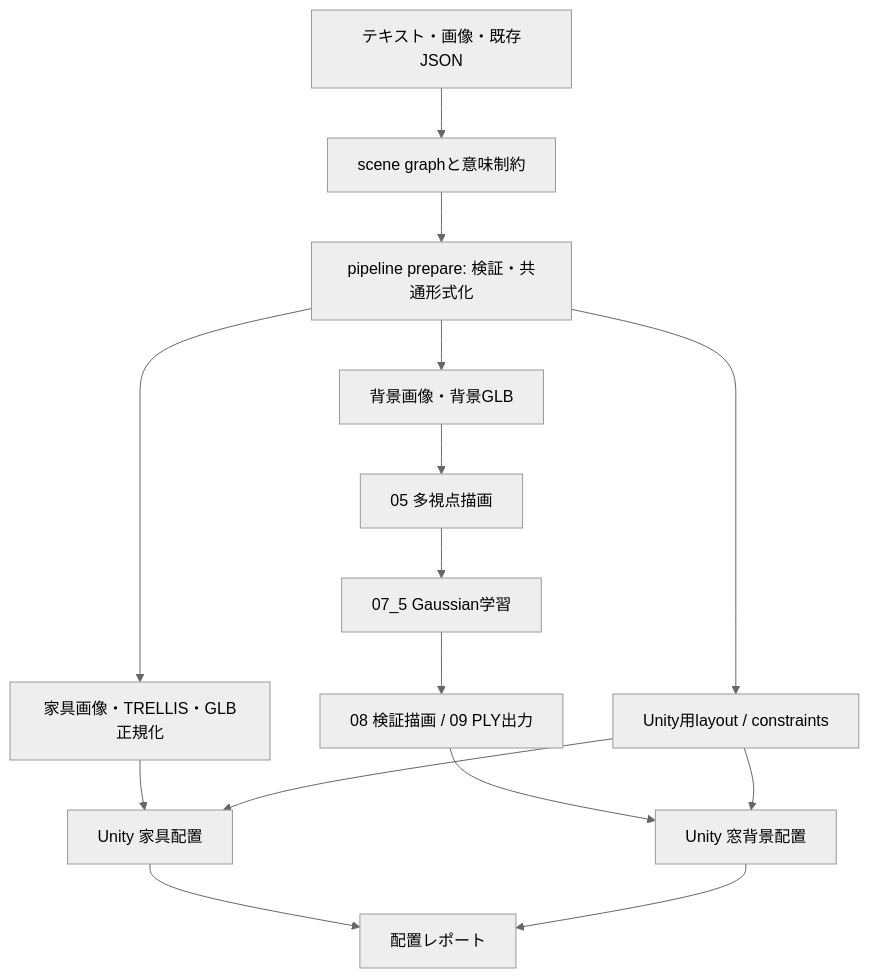
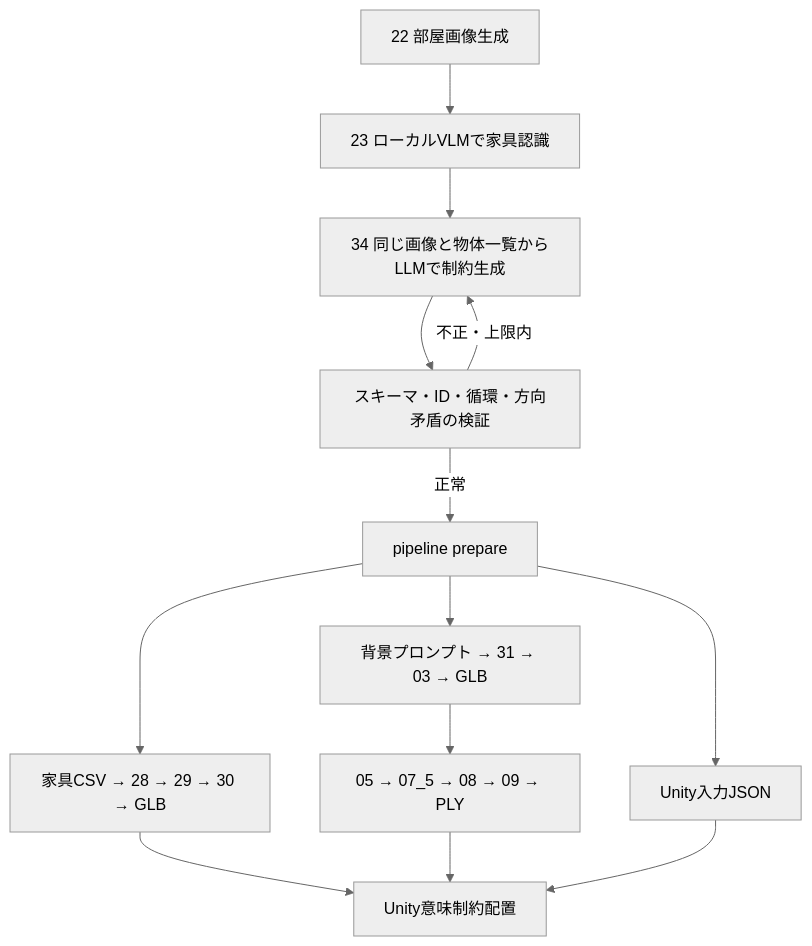
Before and after one commit to gh26550/-: the diagram in Text2Mesh2GS_v2/docs/ARCHITECTURE.md, drawn with Mermaid (neutral theme). The commit also changed other lines of this file and 31 other files, not shown here.

````diff
--- a/Text2Mesh2GS_v2/docs/ARCHITECTURE.md
+++ b/Text2Mesh2GS_v2/docs/ARCHITECTURE.md
@@ -5,17 +3,15 @@
 ```mermaid
 flowchart TD
-  A[テキスト・画像・既存JSON] --> B[scene graphと意味制約]
-  B --> C[pipeline prepare: 検証・共通形式化]
-  C --> D[家具画像・TRELLIS・GLB正規化]
-  C --> E[背景画像・背景GLB]
-  E --> F[05 多視点描画]
-  F --> G[07_5 Gaussian学習]
-  G --> H[08 検証描画 / 09 PLY出力]
-  C --> I[Unity用layout / constraints]
-  D --> J[Unity 家具配置]
-  I --> J
-  H --> K[Unity 窓背景配置]
-  I --> K
-  J --> L[配置レポート]
-  K --> L
+    A[22 部屋画像生成] --> B[23 ローカルVLMで家具認識]
+    B --> C[34 同じ画像と物体一覧からLLMで制約生成]
+    C --> D[スキーマ・ID・循環・方向矛盾の検証]
+    D -->|不正・上限内| C
+    D -->|正常| E[pipeline prepare]
+    E --> F[家具CSV → 28 → 29 → 30 → GLB]
+    E --> G[背景プロンプト → 31 → 03 → GLB]
+    G --> H[05 → 07_5 → 08 → 09 → PLY]
+    E --> I[Unity入力JSON]
+    F --> J[Unity意味制約配置]
+    H --> J
+    I --> J
 ```
````
